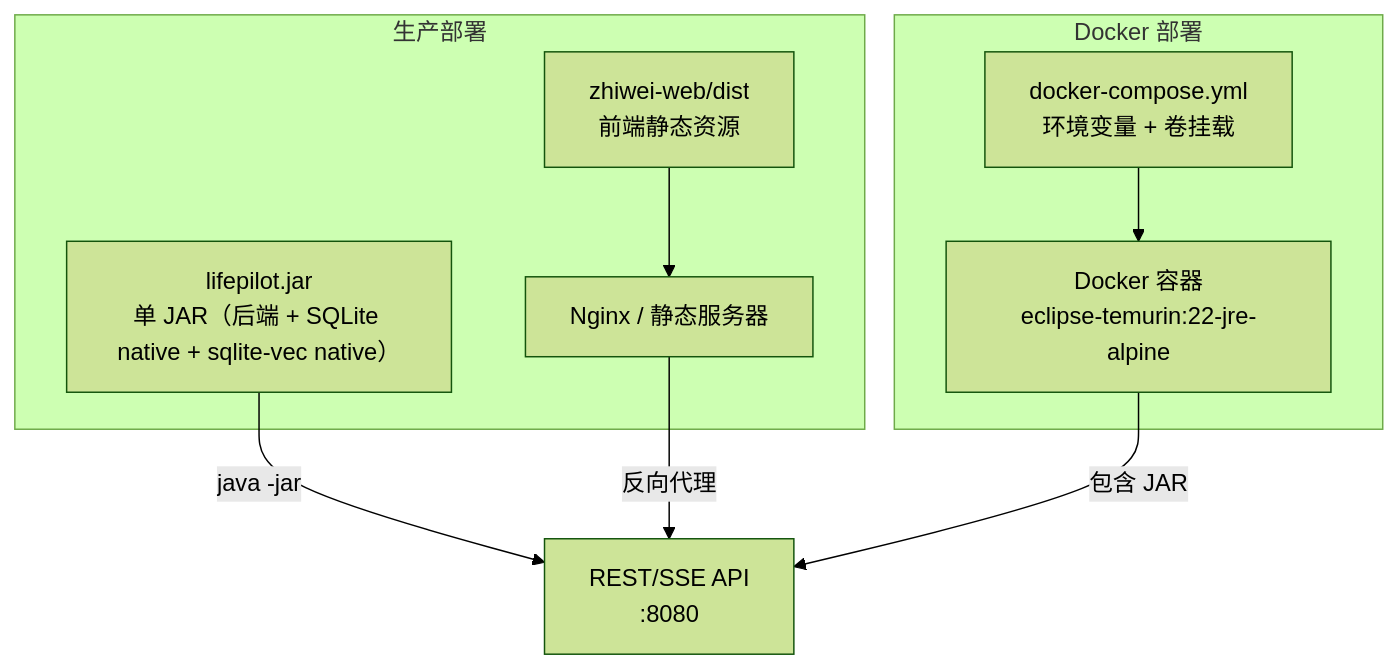
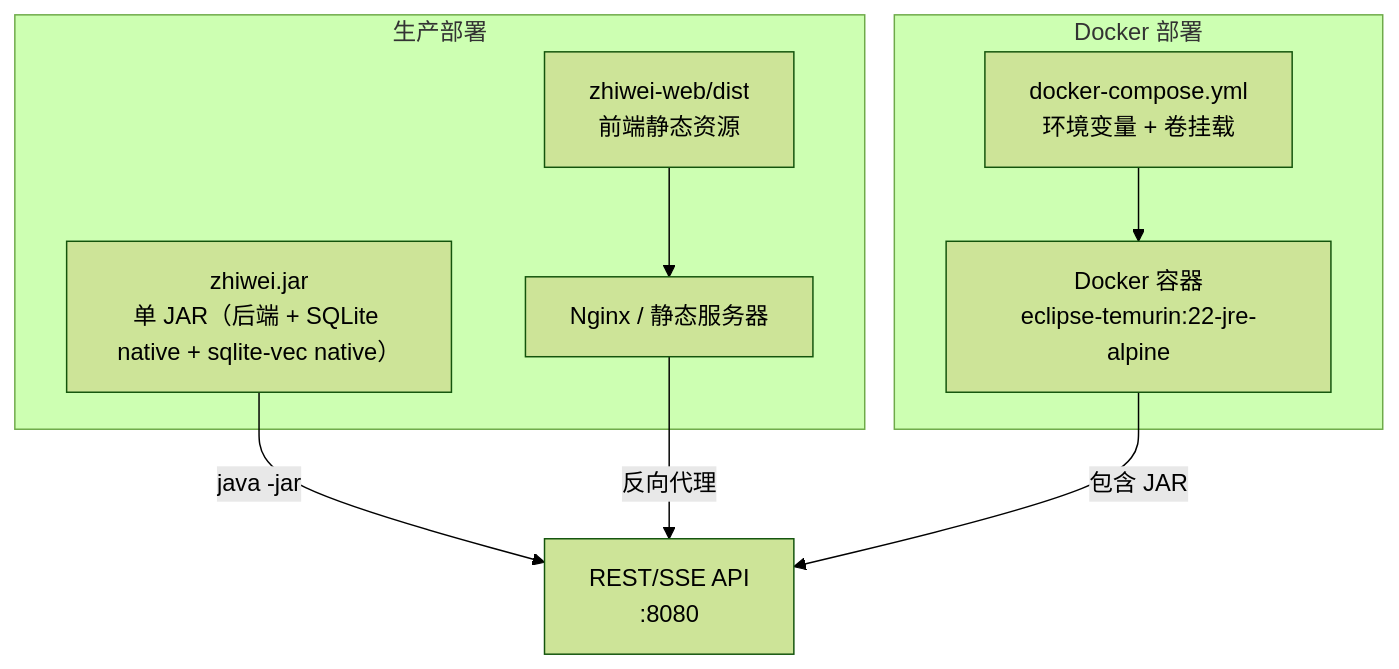
Before and after one commit to ntygod/LifePilot: the fourth of 4 diagrams in docs/ARCHITECTURE.md, drawn with Mermaid (forest theme). The commit also changed other lines of this file and 46 other files, not shown here.

````diff
--- a/docs/ARCHITECTURE.md
+++ b/docs/ARCHITECTURE.md
@@ -204,18 +204,18 @@
 ```mermaid
 graph TB
     subgraph "生产部署"
-        JAR["lifepilot.jar<br/>单 JAR（后端 + SQLite native + sqlite-vec native）"]
+        JAR["zhiwei.jar<br/>单 JAR（后端 + SQLite native + sqlite-vec native）"]
         WEBDIST["zhiwei-web/dist<br/>前端静态资源"]
         NGINX["Nginx / 静态服务器"]
     end
 
     subgraph "Docker 部署"
         DOCKER["Docker 容器<br/>eclipse-temurin:22-jre-alpine"]
         COMPOSE["docker-compose.yml<br/>环境变量 + 卷挂载"]
     end
 
     JAR -->|"java -jar"| API["REST/SSE API<br/>:8080"]
     WEBDIST --> NGINX -->|"反向代理"| API
     DOCKER -->|"包含 JAR"| API
     COMPOSE --> DOCKER
 ```
````
